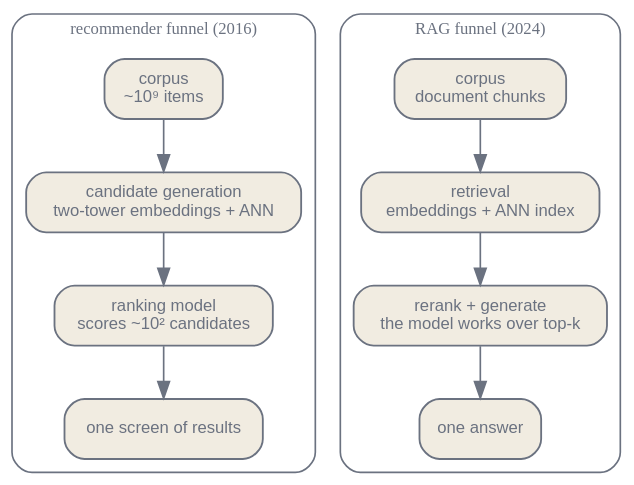
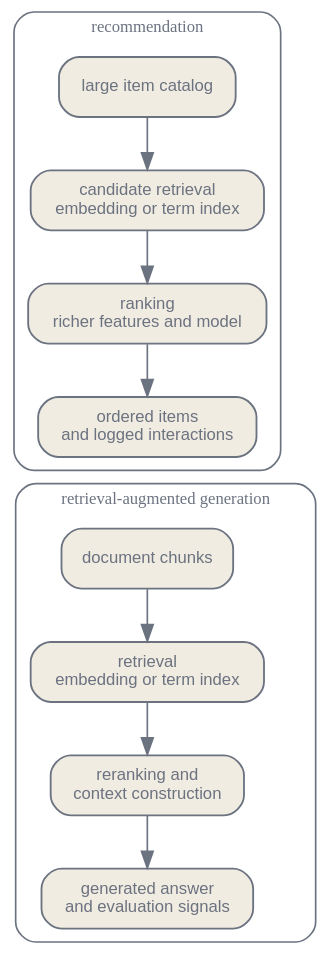
Before and after one commit to latere-ai/ai-as-an-infrastructure: the diagram in en/orientation/04-infrastructure-before.qmd, drawn with Graphviz. The commit also changed other lines of this file and 2 other files, not shown here.

````diff
--- a/en/orientation/04-infrastructure-before.qmd
+++ b/en/orientation/04-infrastructure-before.qmd
@@ -11,30 +67,33 @@
 ```{dot}
 //| label: fig-infrastructure-before-funnels
-//| fig-cap: "The recommender funnel of 2016 and the retrieval-augmented generation funnel of 2024. The shape survived intact: a cheap embedding stage narrows a huge corpus, an expensive stage works over the survivors. What changed is the last stage, from scoring items to generating text."
+//| fig-cap: "Recommendation and retrieval-augmented generation share a narrowing pattern. The resemblance stops at the final operation and the feedback signal: one ranks items, while the other constructs context for generated output."
 digraph funnels {
   bgcolor="transparent";
   rankdir=TB;
   nodesep=0.5; ranksep=0.45;
   node [shape=box, style="rounded,filled", fontname="Helvetica", fontsize=10, color="#6b7280", fontcolor="#6b7280", fillcolor="#f1ece1", penwidth=1.1];
   edge [fontsize=9, fontname="Helvetica", color="#6b7280", fontcolor="#6b7280"];
 
   subgraph cluster_rec {
-    label="recommender funnel (2016)";
+    label="recommendation";
     style=rounded; color="#6b7280"; fontcolor="#6b7280"; fontsize=10;
-    R1 [label="corpus\n~10⁹ items"];
-    R2 [label="candidate generation\ntwo-tower embeddings + ANN"];
-    R3 [label="ranking model\nscores ~10² candidates"];
-    R4 [label="one screen of results"];
+    R1 [label="large item catalog"];
+    R2 [label="candidate retrieval\nembedding or term index"];
+    R3 [label="ranking\nricher features and model"];
+    R4 [label="ordered items\nand logged interactions"];
     R1 -> R2 -> R3 -> R4;
   }
   subgraph cluster_rag {
-    label="RAG funnel (2024)";
+    label="retrieval-augmented generation";
     style=rounded; color="#6b7280"; fontcolor="#6b7280"; fontsize=10;
-    G1 [label="corpus\ndocument chunks"];
-    G2 [label="retrieval\nembeddings + ANN index"];
-    G3 [label="rerank + generate\nthe model works over top-k"];
-    G4 [label="one answer"];
+    G1 [label="document chunks"];
+    G2 [label="retrieval\nembedding or term index"];
+    G3 [label="reranking and\ncontext construction"];
+    G4 [label="generated answer\nand evaluation signals"];
     G1 -> G2 -> G3 -> G4;
   }
+
+  // Stack the workflows so the comparison stays legible on narrow screens.
+  R4 -> G1 [style=invis, minlen=1];
 }
 ```
````
